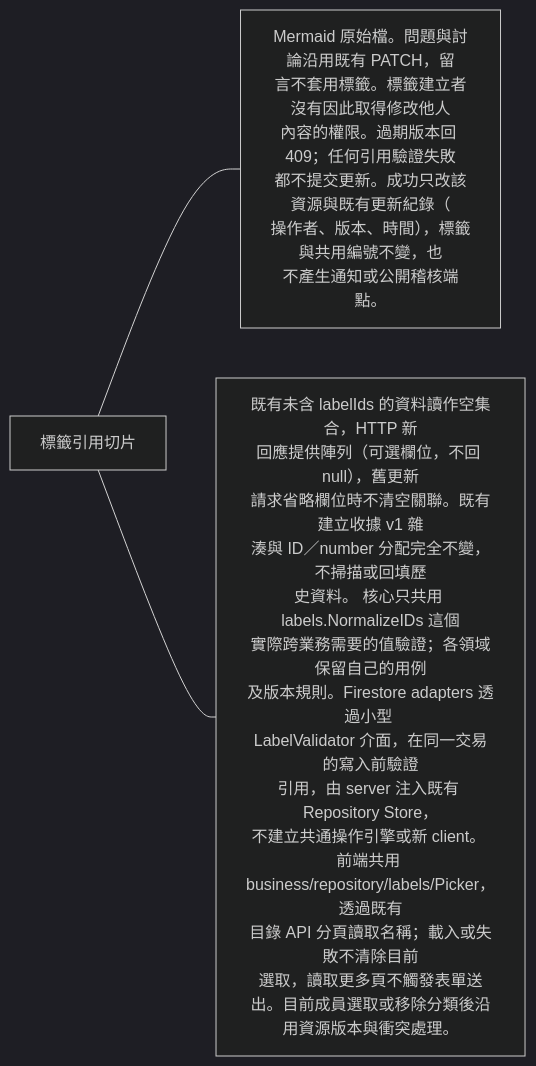
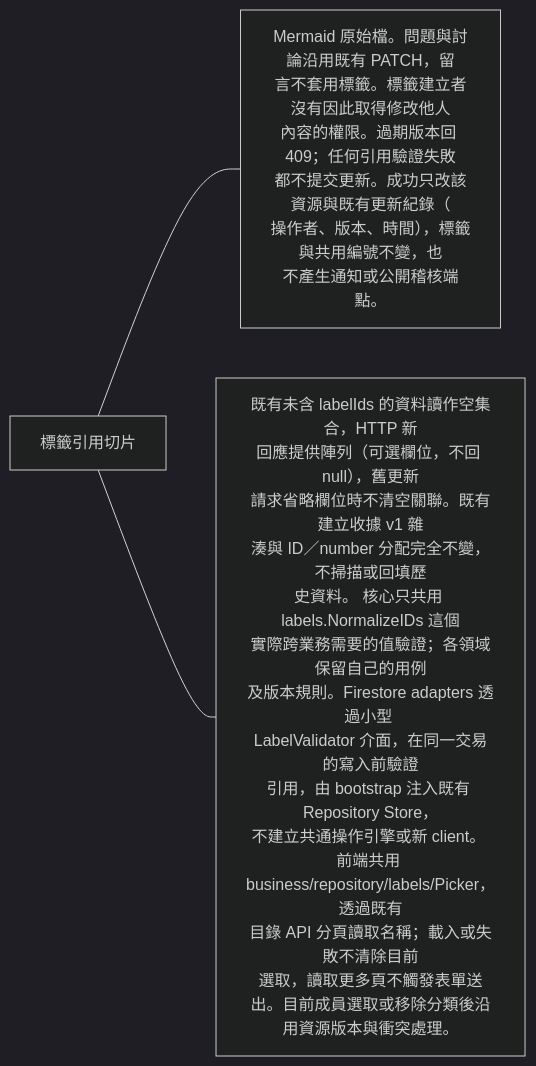
Before and after one commit to 963sup/line-mini-app-bot: the ninth of 9 diagrams in docs/domains/repository/labels.md, drawn with Mermaid (dark theme). The commit also changed 154 other files, not shown here.

Commit message:
refactor(backend): extract bootstrap, platform and business-owned adapters

````diff
--- a/docs/domains/repository/labels.md
+++ b/docs/domains/repository/labels.md
@@ -101,7 +101,7 @@
 ```mermaid
 flowchart LR
   h["標籤引用切片"]
   h --- n0["Mermaid 原始檔。問題與討論沿用既有 PATCH，留<br/>言不套用標籤。標籤建立者沒有因此取得修改他人<br/>內容的權限。過期版本回 409；任何引用驗證失敗<br/>都不提交更新。成功只改該資源與既有更新紀錄（<br/>操作者、版本、時間），標籤與共用編號不變，也<br/>不產生通知或公開稽核端點。"]
   click n0 "diagrams/resource-classification.mermaid"
-  h --- n1["既有未含 labelIds 的資料讀作空集合，HTTP 新<br/>回應提供陣列（可選欄位，不回 null），舊更新<br/>請求省略欄位時不清空關聯。既有建立收據 v1 雜<br/>湊與 ID／number 分配完全不變，不掃描或回填歷<br/>史資料。 核心只共用 labels.NormalizeIDs 這個<br/>實際跨業務需要的值驗證；各領域保留自己的用例<br/>及版本規則。Firestore adapters 透過小型 <br/>LabelValidator 介面，在同一交易的寫入前驗證<br/>引用，由 server 注入既有 Repository Store，<br/>不建立共通操作引擎或新 client。 前端共用 <br/>business/repository/labels/Picker，透過既有<br/>目錄 API 分頁讀取名稱；載入或失敗不清除目前<br/>選取，讀取更多頁不觸發表單送出。目前成員選取或移除分類後沿用資源版本與衝突處理。"]
+  h --- n1["既有未含 labelIds 的資料讀作空集合，HTTP 新<br/>回應提供陣列（可選欄位，不回 null），舊更新<br/>請求省略欄位時不清空關聯。既有建立收據 v1 雜<br/>湊與 ID／number 分配完全不變，不掃描或回填歷<br/>史資料。 核心只共用 labels.NormalizeIDs 這個<br/>實際跨業務需要的值驗證；各領域保留自己的用例<br/>及版本規則。Firestore adapters 透過小型 <br/>LabelValidator 介面，在同一交易的寫入前驗證<br/>引用，由 bootstrap 注入既有 Repository Store，<br/>不建立共通操作引擎或新 client。 前端共用 <br/>business/repository/labels/Picker，透過既有<br/>目錄 API 分頁讀取名稱；載入或失敗不清除目前<br/>選取，讀取更多頁不觸發表單送出。目前成員選取或移除分類後沿用資源版本與衝突處理。"]
 ```
````
